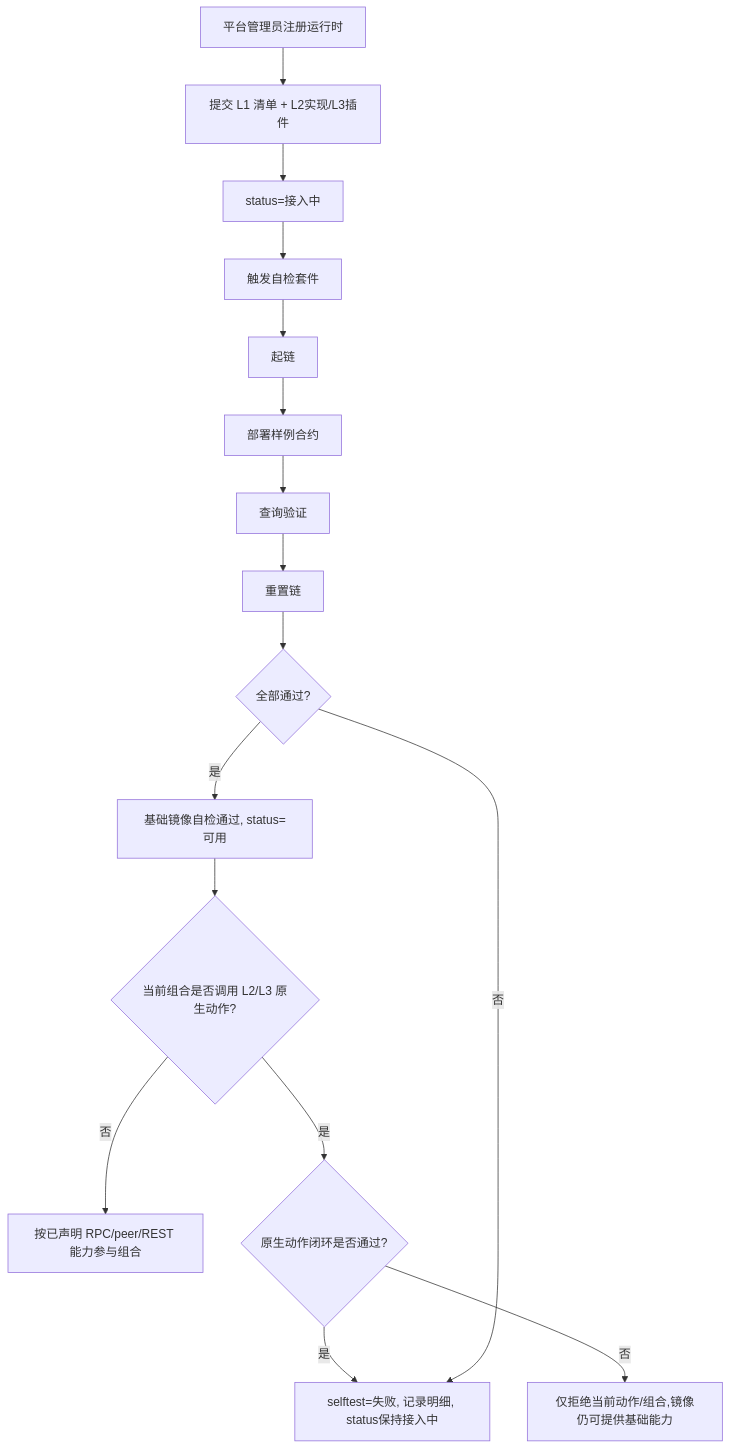
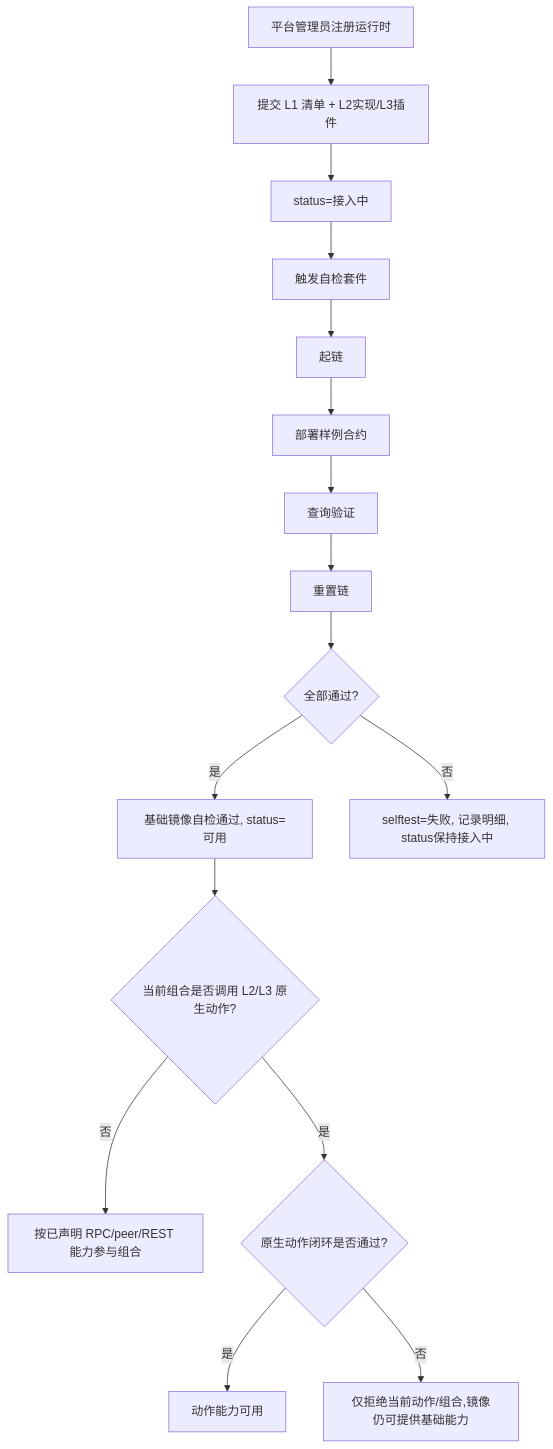
One commit to menghuishisan/CHAIMIR changed the fifth of 7 diagrams in docs/02-沙箱引擎/05-业务流程与状态机.md. Above: the diagram before and after it, drawn with Mermaid. The commit also changed other lines of this file and 340 other files, not shown here.

````diff
--- a/docs/02-沙箱引擎/05-业务流程与状态机.md
+++ b/docs/02-沙箱引擎/05-业务流程与状态机.md
@@ -156,18 +168,18 @@
 ```mermaid
 flowchart TD
     A[平台管理员注册运行时] --> B[提交 L1 清单 + L2实现/L3插件]
     B --> C[status=接入中]
     C --> D[触发自检套件]
     D --> E[起链]
     E --> F[部署样例合约]
     F --> G[查询验证]
     G --> H[重置链]
     H --> I{全部通过?}
     I -->|是| J[基础镜像自检通过, status=可用]
     J --> K{当前组合是否调用 L2/L3 原生动作?}
     K -->|否| L[按已声明 RPC/peer/REST 能力参与组合]
     K -->|是| M{原生动作闭环是否通过?}
     M -->|是| N[动作能力可用]
     M -->|否| O[仅拒绝当前动作/组合,镜像仍可提供基础能力]
-    I -->|否| N[selftest=失败, 记录明细, status保持接入中]
+    I -->|否| FAIL[selftest=失败, 记录明细, status保持接入中]
 ```
````
